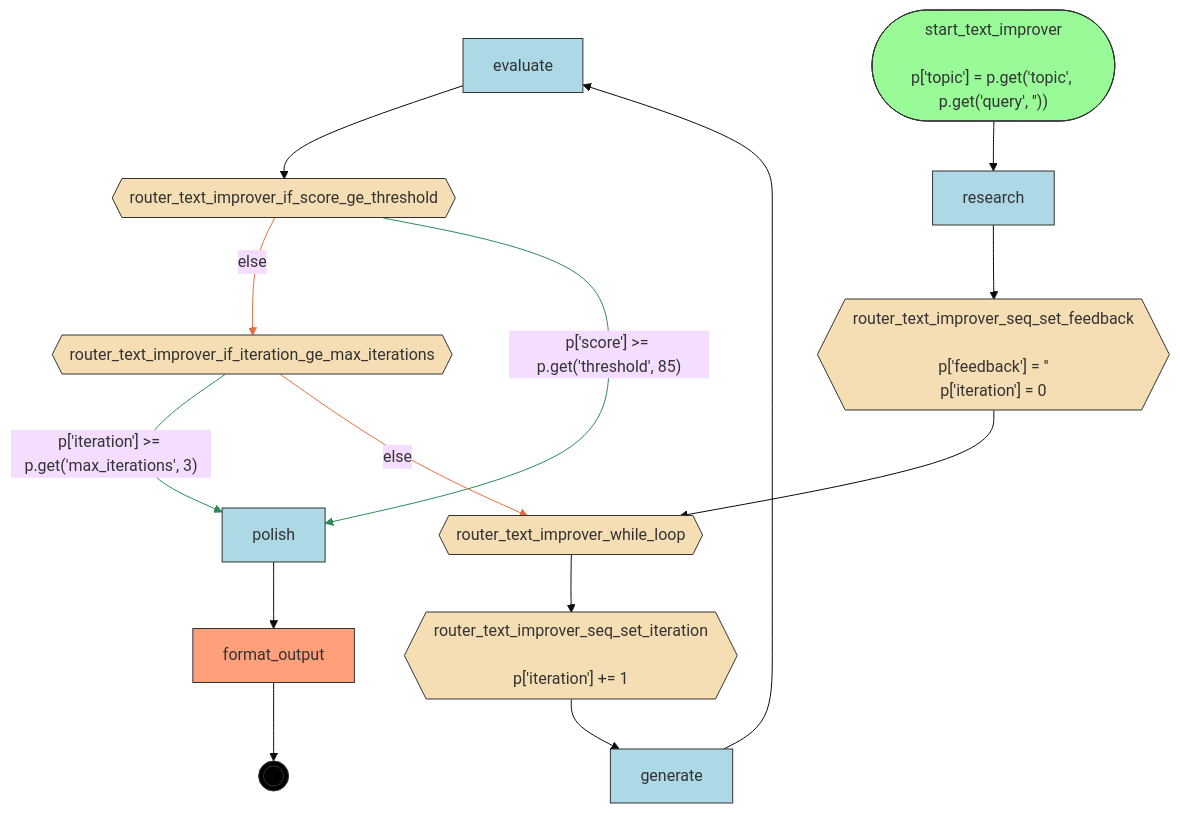
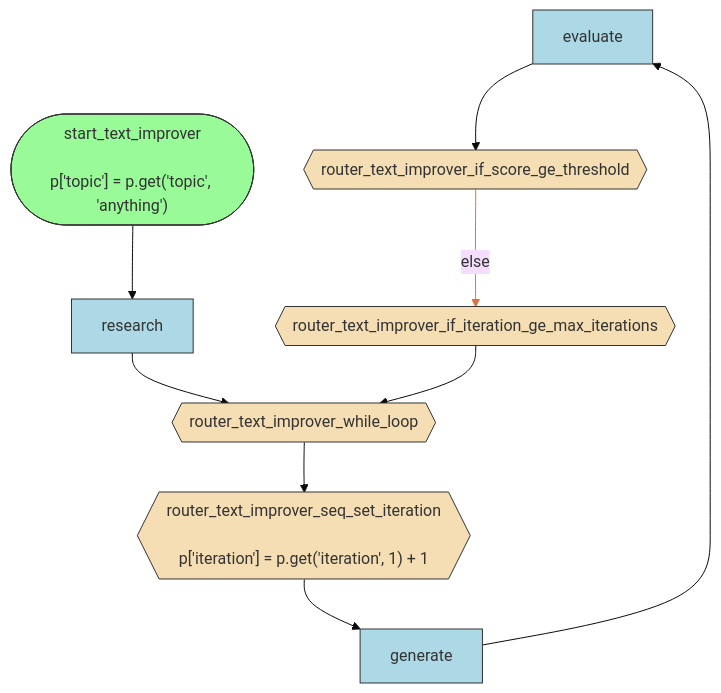
Before and after one commit to deliveryhero/asya: the diagram in examples/demo-kubecon/compiled/text-improver/artifacts/flow.mmd, drawn with Mermaid (base theme). The commit also changed 29 other files, not shown here.

```diff
--- a/examples/demo-kubecon/compiled/text-improver/artifacts/flow.mmd
+++ b/examples/demo-kubecon/compiled/text-improver/artifacts/flow.mmd
@@ -1,42 +1,30 @@
 flowchart TD
     %% Flow: text_improver
 
     evaluate[evaluate]
-    format_output[format_output]
     generate[generate]
-    polish[polish]
     research[research]
     router_text_improver_if_iteration_ge_max_iterations{{router_text_improver_if_iteration_ge_max_iterations}}
     router_text_improver_if_score_ge_threshold{{router_text_improver_if_score_ge_threshold}}
-    router_text_improver_seq_set_feedback{{"router_text_improver_seq_set_feedback<br/><br/>p['feedback'] = ''<br/>p['iteration'] = 0"}}
-    router_text_improver_seq_set_iteration{{"router_text_improver_seq_set_iteration<br/><br/>p['iteration'] += 1"}}
+    router_text_improver_seq_set_iteration{{"router_text_improver_seq_set_iteration<br/><br/>p['iteration'] = p.get('iteration', 1) + 1"}}
     router_text_improver_while_loop{{router_text_improver_while_loop}}
-    start_text_improver(["start_text_improver<br/><br/>p['topic'] = p.get('topic', p.get('query', ''))"])
-    __end__((( )))
+    start_text_improver(["start_text_improver<br/><br/>p['topic'] = p.get('topic', 'anything')"])
 
     start_text_improver --> research
-    research --> router_text_improver_seq_set_feedback
-    router_text_improver_if_iteration_ge_max_iterations -->|"p['iteration'] >= p.get('max_iterations', 3)"| polish
-    polish --> format_output
+    research --> router_text_improver_while_loop
     router_text_improver_if_score_ge_threshold -->|"else"| router_text_improver_if_iteration_ge_max_iterations
-    router_text_improver_if_score_ge_threshold -->|"p['score'] >= p.get('threshold', 85)"| polish
     router_text_improver_seq_set_iteration --> generate
     generate --> evaluate
     evaluate --> router_text_improver_if_score_ge_threshold
     router_text_improver_while_loop --> router_text_improver_seq_set_iteration
-    router_text_improver_seq_set_feedback --> router_text_improver_while_loop
-    router_text_improver_if_iteration_ge_max_iterations -->|"else"| router_text_improver_while_loop
-    format_output --> __end__
+    router_text_improver_if_iteration_ge_max_iterations --> router_text_improver_while_loop
 
     classDef start fill:#98FB98,stroke:#333
     classDef endnode fill:#FFA07A,stroke:#333
     classDef router fill:#F5DEB3,stroke:#333
     classDef handler fill:#ADD8E6,stroke:#333
     classDef endpoint fill:#000,stroke:#333,color:#fff
     class start_text_improver start
-    class format_output endnode
-    class router_text_improver_if_iteration_ge_max_iterations,router_text_improver_if_score_ge_threshold,router_text_improver_seq_set_feedback,router_text_improver_seq_set_iteration,router_text_improver_while_loop router
-    class evaluate,generate,polish,research handler
-    class __end__ endpoint
-    linkStyle 2,5 stroke:#2E8B57
-    linkStyle 4,11 stroke:#E07040
+    class router_text_improver_if_iteration_ge_max_iterations,router_text_improver_if_score_ge_threshold,router_text_improver_seq_set_iteration,router_text_improver_while_loop router
+    class evaluate,generate,research handler
+    linkStyle 2 stroke:#E07040
```
